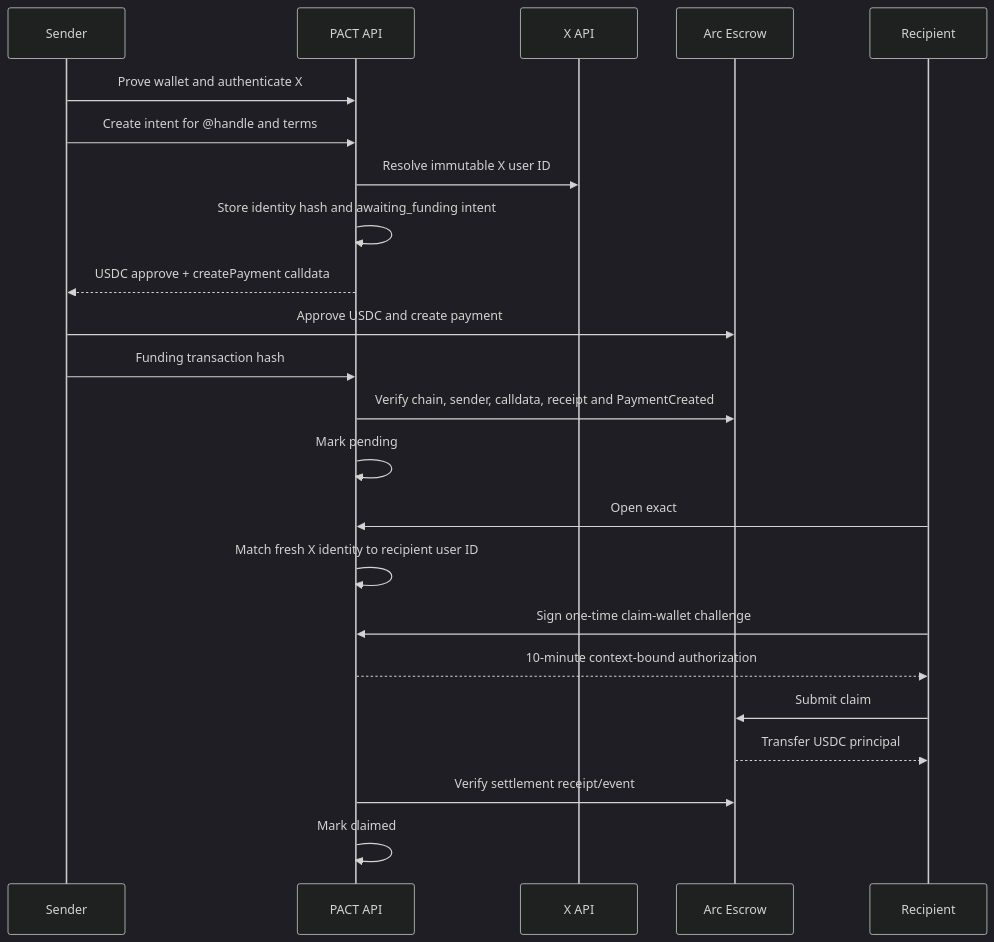
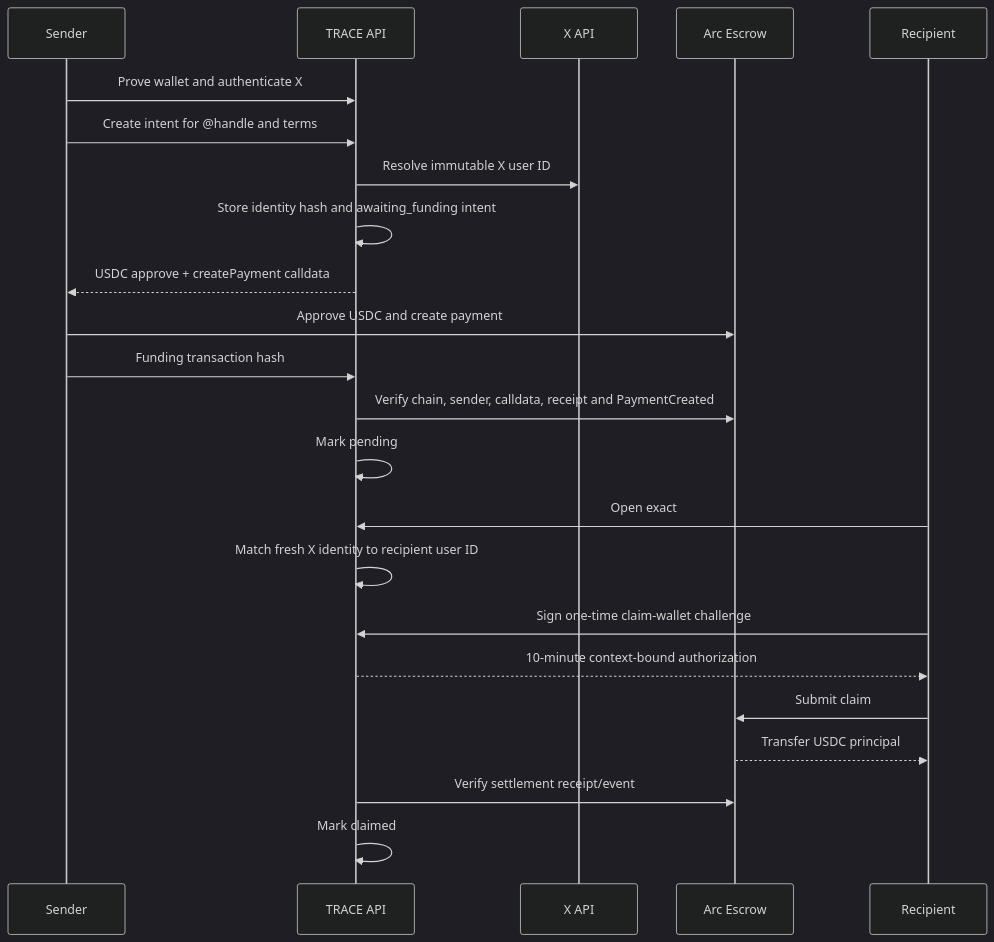
The second of 3 diagrams in docs/architecture.md (sorbitov/trace-project), drawn with Mermaid (dark theme) before and after one commit. The commit also changed other lines of this file and 201 other files, not shown here.

````diff
--- a/docs/architecture.md
+++ b/docs/architecture.md
@@ -43,26 +43,26 @@
 ```mermaid
 sequenceDiagram
     participant S as Sender
-    participant API as PACT API
+    participant API as TRACE API
     participant X as X API
     participant E as Arc Escrow
     participant R as Recipient
 
     S->>API: Prove wallet and authenticate X
     S->>API: Create intent for @handle and terms
     API->>X: Resolve immutable X user ID
     API->>API: Store identity hash and awaiting_funding intent
     API-->>S: USDC approve + createPayment calldata
     S->>E: Approve USDC and create payment
     S->>API: Funding transaction hash
     API->>E: Verify chain, sender, calldata, receipt and PaymentCreated
     API->>API: Mark pending
     R->>API: Open exact #claim link and authenticate X
     API->>API: Match fresh X identity to recipient user ID
     R->>API: Sign one-time claim-wallet challenge
     API-->>R: 10-minute context-bound authorization
     R->>E: Submit claim
     E-->>R: Transfer USDC principal
     API->>E: Verify settlement receipt/event
     API->>API: Mark claimed
 ```
````
